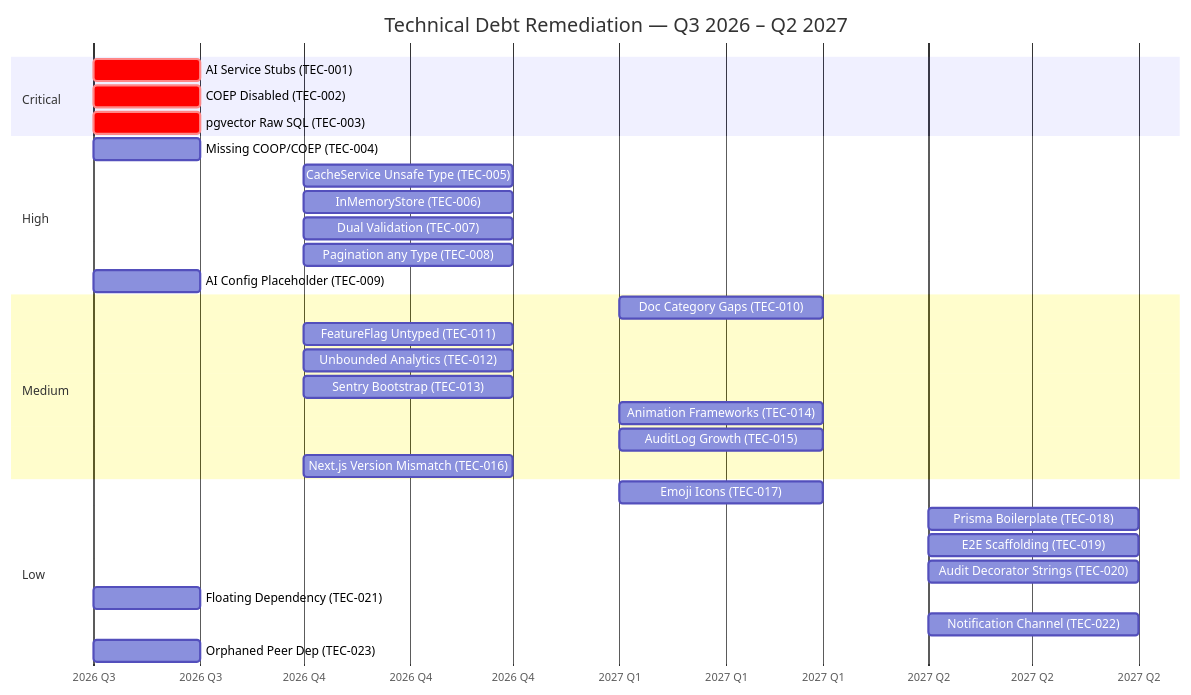
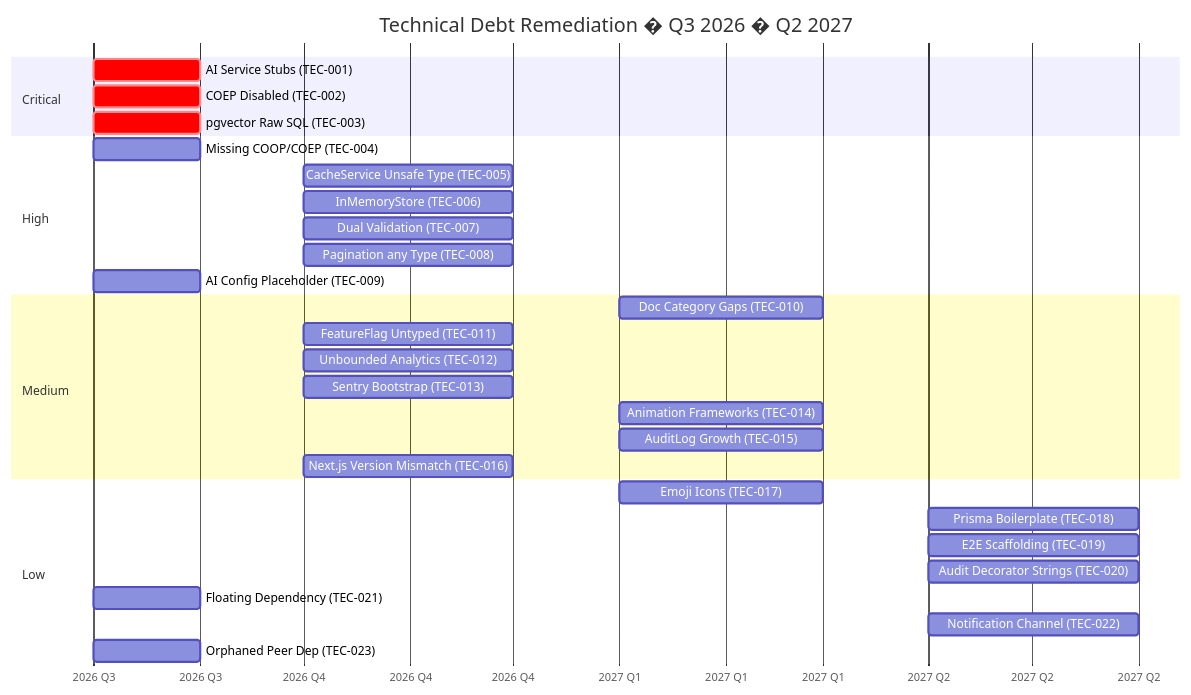
Before and after one commit to rohitkumarnaidu/Portfolio: the diagram in docs/25-roadmap/TECHNICAL-DEBT-ROADMAP.md, drawn with Mermaid. The commit also changed other lines of this file and 30 other files, not shown here.

Commit message:
docs: update roadmap, reference, and ADR docs

````diff
--- a/docs/25-roadmap/TECHNICAL-DEBT-ROADMAP.md
+++ b/docs/25-roadmap/TECHNICAL-DEBT-ROADMAP.md
@@ -11,37 +11,37 @@
 ```mermaid
 gantt
-    title Technical Debt Remediation — Q3 2026 – Q2 2027
+    title Technical Debt Remediation � Q3 2026 � Q2 2027
     dateFormat  YYYY-MM
     axisFormat  %Y Q%q
 
     section Critical
     AI Service Stubs (TEC-001)          :crit, t1, 2026-08, 2026-09
     COEP Disabled (TEC-002)             :crit, t2, 2026-08, 2026-09
     pgvector Raw SQL (TEC-003)          :crit, t3, 2026-08, 2026-09
 
     section High
     Missing COOP/COEP (TEC-004)         :t4, 2026-08, 2026-09
     CacheService Unsafe Type (TEC-005)  :t5, 2026-10, 2026-12
     InMemoryStore (TEC-006)             :t6, 2026-10, 2026-12
     Dual Validation (TEC-007)           :t7, 2026-10, 2026-12
     Pagination any Type (TEC-008)       :t8, 2026-10, 2026-12
     AI Config Placeholder (TEC-009)     :t9, 2026-08, 2026-09
 
     section Medium
     Doc Category Gaps (TEC-010)         :t10, 2027-01, 2027-03
     FeatureFlag Untyped (TEC-011)       :t11, 2026-10, 2026-12
     Unbounded Analytics (TEC-012)       :t12, 2026-10, 2026-12
     Sentry Bootstrap (TEC-013)          :t13, 2026-10, 2026-12
     Animation Frameworks (TEC-014)      :t14, 2027-01, 2027-03
     AuditLog Growth (TEC-015)           :t15, 2027-01, 2027-03
     Next.js Version Mismatch (TEC-016)  :t16, 2026-10, 2026-12
 
     section Low
     Emoji Icons (TEC-017)               :t17, 2027-01, 2027-03
     Prisma Boilerplate (TEC-018)        :t18, 2027-04, 2027-06
     E2E Scaffolding (TEC-019)           :t19, 2027-04, 2027-06
     Audit Decorator Strings (TEC-020)   :t20, 2027-04, 2027-06
     Floating Dependency (TEC-021)       :t21, 2026-08, 2026-09
     Notification Channel (TEC-022)      :t22, 2027-04, 2027-06
     Orphaned Peer Dep (TEC-023)         :t23, 2026-08, 2026-09
 ```
````
